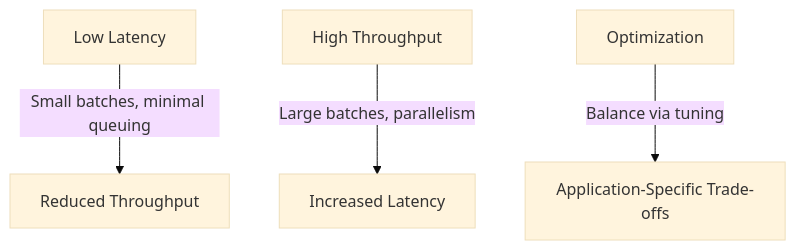
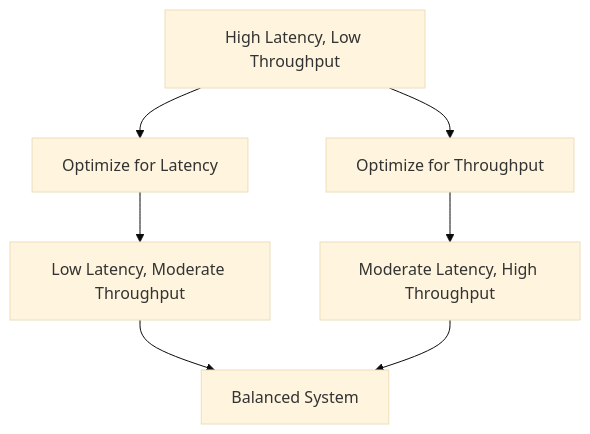
Before and after one commit to VrushankPatel/interview-matters: the diagram in latency-and-throughput-zero-to-hero/README.md, drawn with Mermaid (base theme). The commit also changed other lines of this file and 5 other files, not shown here.

Commit message:
kb: add/update topics Caching, Latency and Throughput Zero to Hero, Monitoring and Logging, Async Logging, DevOps & Infrastructure as Code

````diff
--- a/latency-and-throughput-zero-to-hero/README.md
+++ b/latency-and-throughput-zero-to-hero/README.md
@@ -39,6 +55,9 @@
 ```mermaid
 graph TD
-    A[Low Latency] -->|Small batches, minimal queuing| B[Reduced Throughput]
-    C[High Throughput] -->|Large batches, parallelism| D[Increased Latency]
-    E[Optimization] -->|Balance via tuning| F[Application-Specific Trade-offs]
+    A[High Latency, Low Throughput] --> B[Optimize for Latency]
+    A --> C[Optimize for Throughput]
+    B --> D[Low Latency, Moderate Throughput]
+    C --> E[Moderate Latency, High Throughput]
+    D --> F[Balanced System]
+    E --> F
 ```
````
